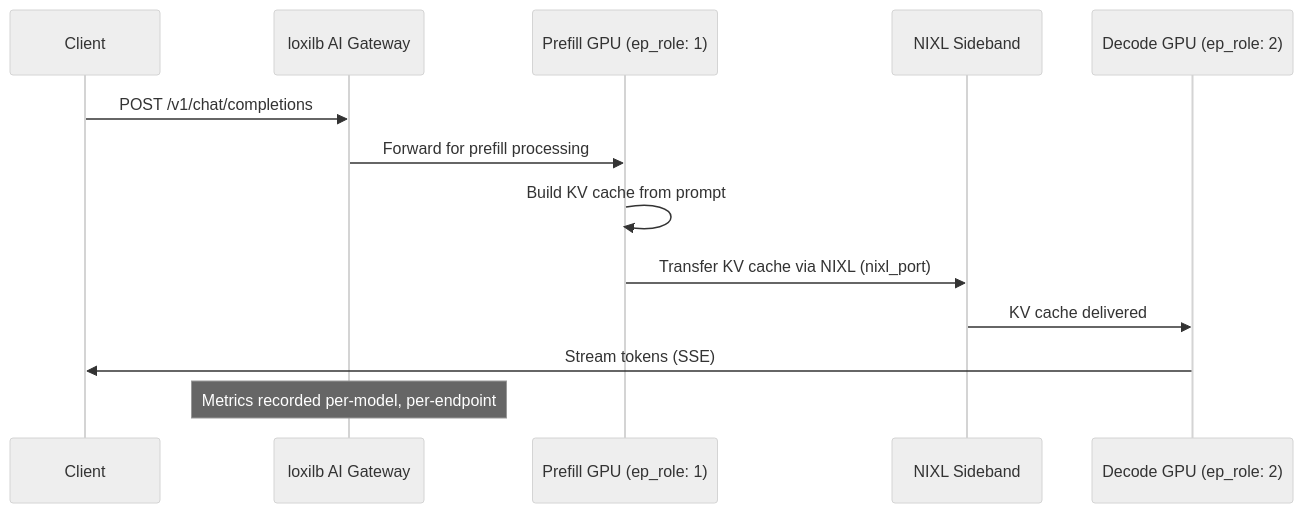
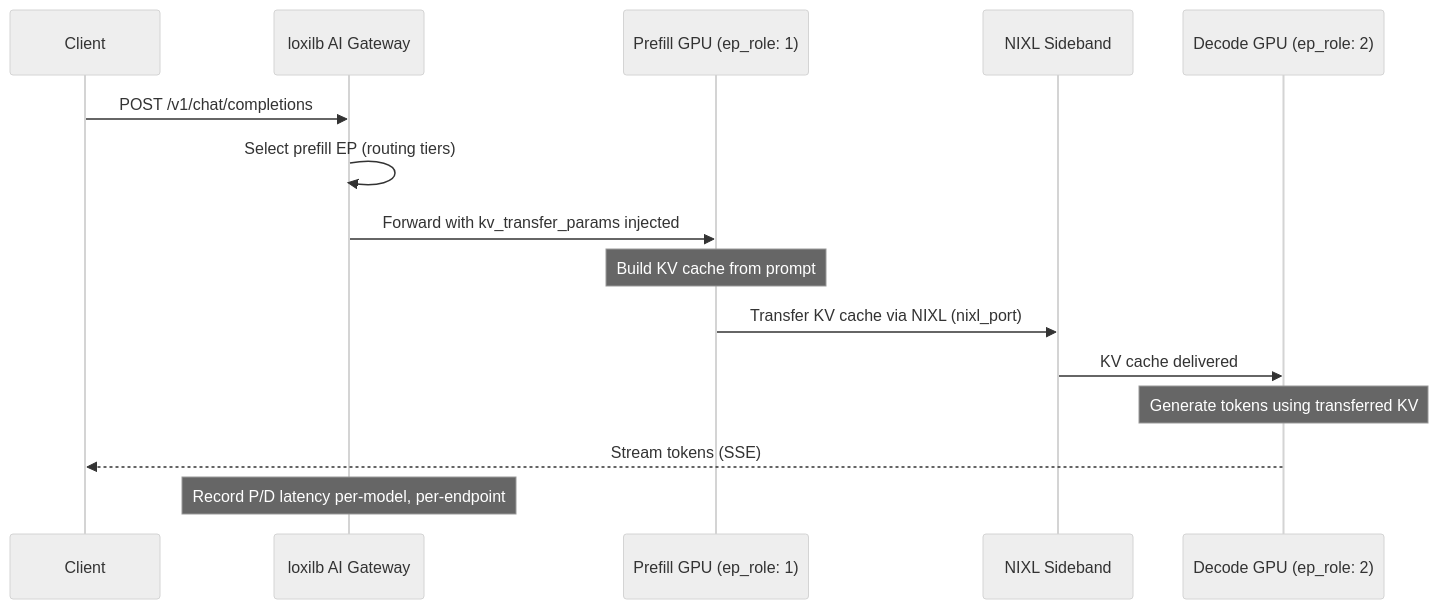
Before and after one commit to NLX-SeokHwanKong/loxilbdocs: the second of 3 diagrams in docs/ai-gateway/pd-disaggregation.md, drawn with Mermaid (neutral theme). The commit also changed other lines of this file and 2 other files, not shown here.

First line of the commit message:
docs(phase-09): enhance model LB, PD disaggregation, and AWS KV cache pages

````diff
--- a/docs/ai-gateway/pd-disaggregation.md
+++ b/docs/ai-gateway/pd-disaggregation.md
@@ -21,16 +45,18 @@
 ```mermaid
 sequenceDiagram
     participant Client
     participant loxilb as loxilb AI Gateway
     participant Prefill as Prefill GPU (ep_role: 1)
     participant NIXL as NIXL Sideband
     participant Decode as Decode GPU (ep_role: 2)
 
     Client->>loxilb: POST /v1/chat/completions
-    loxilb->>Prefill: Forward for prefill processing
-    Prefill->>Prefill: Build KV cache from prompt
+    loxilb->>loxilb: Select prefill EP (routing tiers)
+    loxilb->>Prefill: Forward with kv_transfer_params injected
+    Note over Prefill: Build KV cache from prompt
     Prefill->>NIXL: Transfer KV cache via NIXL (nixl_port)
     NIXL->>Decode: KV cache delivered
-    Decode->>Client: Stream tokens (SSE)
-    Note over loxilb: Metrics recorded per-model, per-endpoint
+    Note over Decode: Generate tokens using transferred KV
+    Decode-->>Client: Stream tokens (SSE)
+    Note over loxilb: Record P/D latency per-model, per-endpoint
 ```
````
